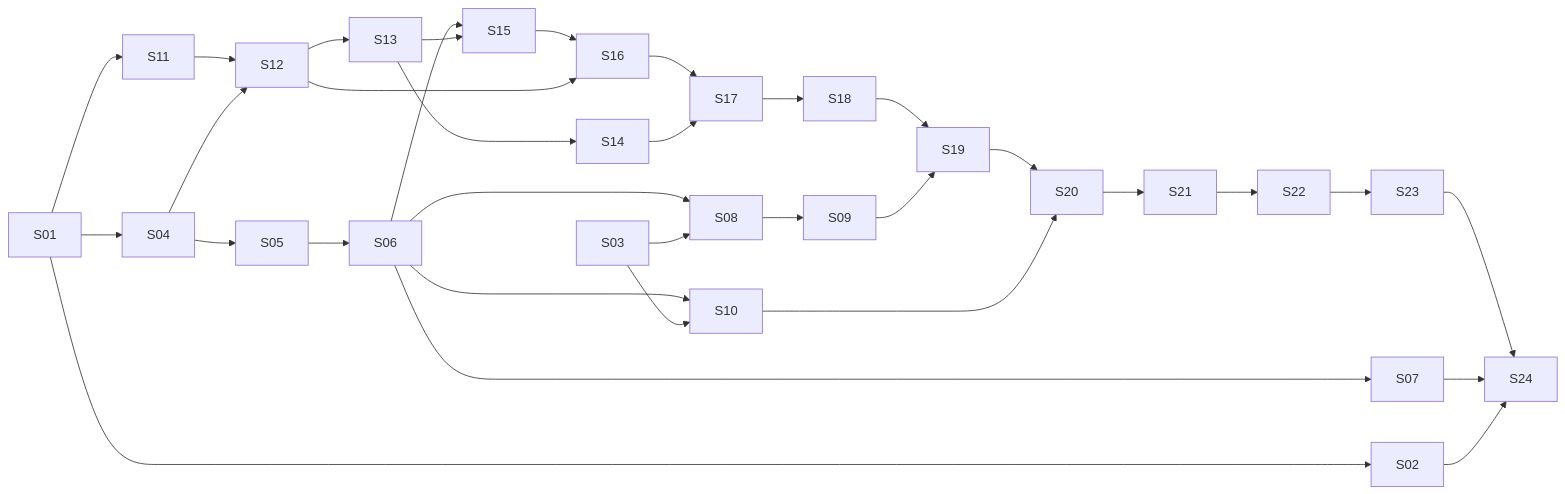
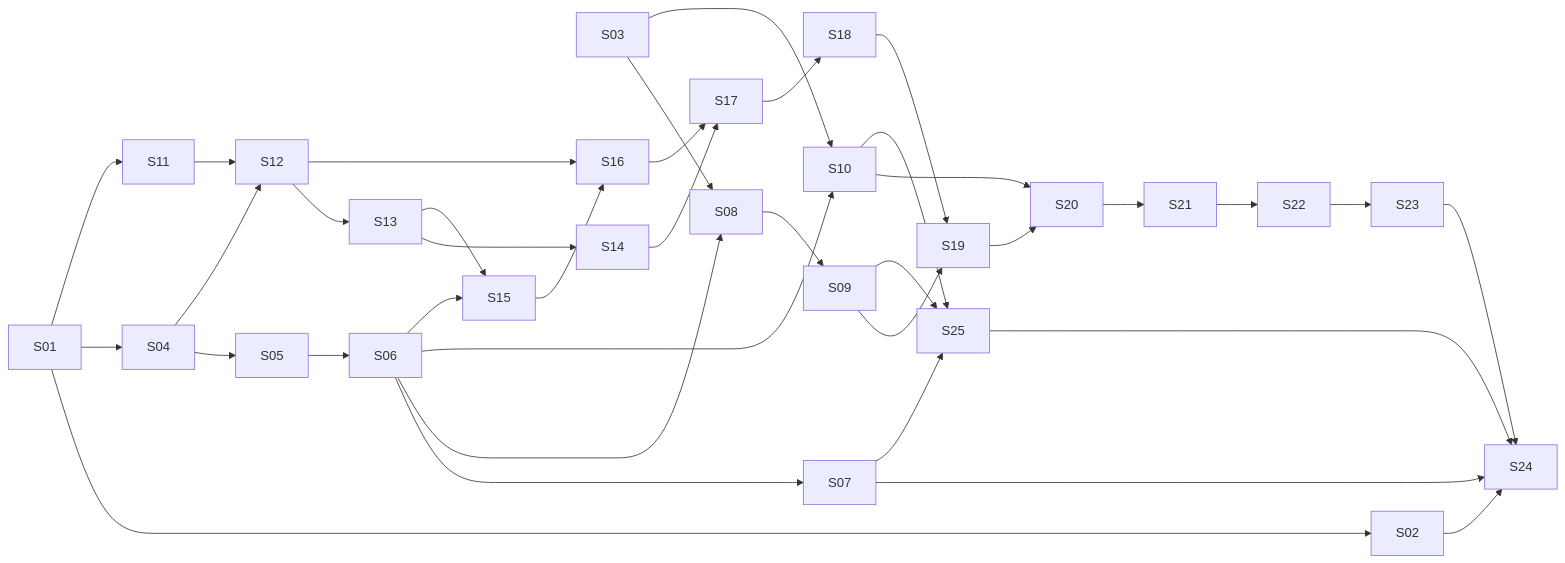
Before and after one commit to cmgregorynet/bananachess: the diagram in plans/android-rewrite/PLAN.md, drawn with Mermaid. The commit also changed other lines of this file and 3 other files, not shown here.

````diff
--- a/plans/android-rewrite/PLAN.md
+++ b/plans/android-rewrite/PLAN.md
@@ -72,28 +73,32 @@
 ```mermaid
 graph LR
   S01 --> S02
   S01 --> S04
   S01 --> S11
   S04 --> S05 --> S06
   S06 --> S07
   S06 --> S08 --> S09
   S03 --> S08
   S06 --> S10
   S03 --> S10
   S11 --> S12
   S04 --> S12
   S12 --> S13 --> S14
   S06 --> S15
   S13 --> S15
   S15 --> S16
   S12 --> S16
   S16 --> S17
   S14 --> S17
   S17 --> S18 --> S19
   S09 --> S19
   S19 --> S20
   S10 --> S20
   S20 --> S21 --> S22 --> S23 --> S24
   S07 --> S24
   S02 --> S24
+  S07 --> S25
+  S09 --> S25
+  S10 --> S25
+  S25 --> S24
 ```
````
